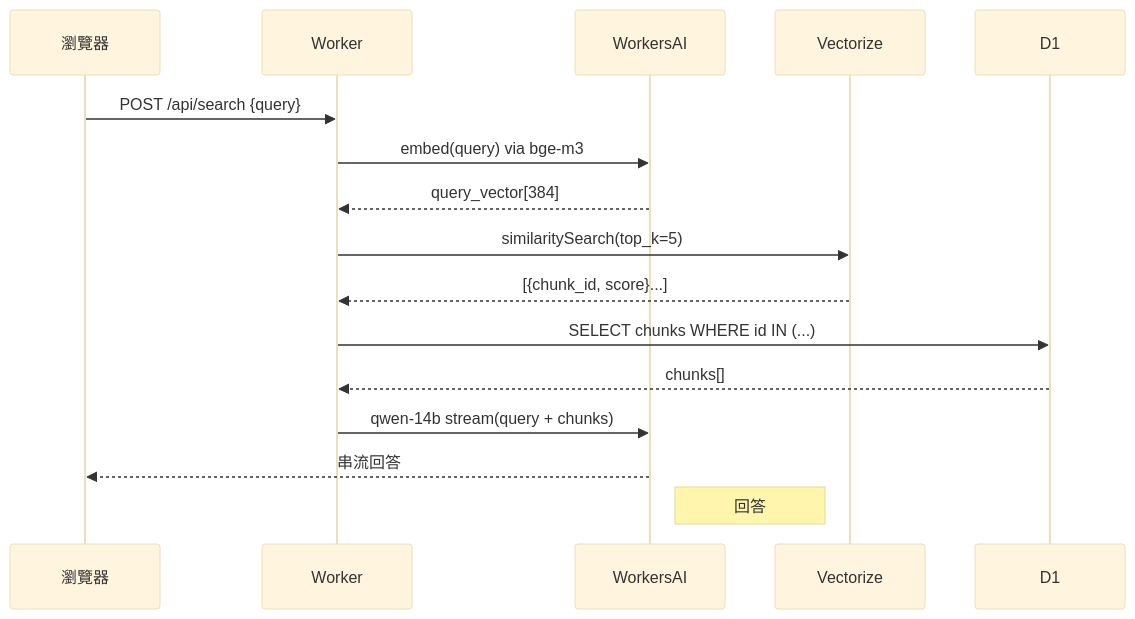
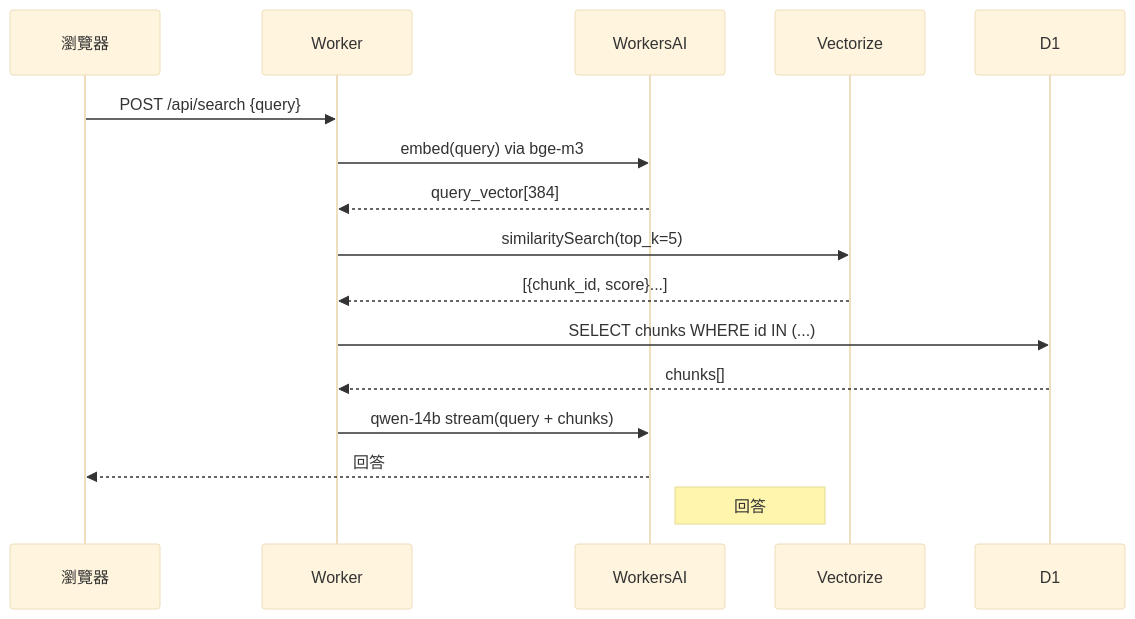
The second of 2 diagrams in src/content/posts/tech/_2026-04-20-this-blog-tooling.md (a920604a/engineernews), drawn with Mermaid (base theme) before and after one commit. The commit also changed 8 other files, not shown here.

Commit message:
fix: auto-fix mermaid syntax errors in posts

````diff
--- a/src/content/posts/tech/_2026-04-20-this-blog-tooling.md
+++ b/src/content/posts/tech/_2026-04-20-this-blog-tooling.md
@@ -135,18 +135,18 @@
 ```mermaid
 sequenceDiagram
   participant 瀏覽器
   participant Worker
   participant WorkersAI
   participant Vectorize
   participant D1
   瀏覽器->>Worker: POST /api/search {query}
   Worker->>WorkersAI: embed(query) via bge-m3
   WorkersAI-->>Worker: query_vector[384]
   Worker->>Vectorize: similaritySearch(top_k=5)
   Vectorize-->>Worker: [{chunk_id, score}...]
   Worker->>D1: SELECT chunks WHERE id IN (...)
   D1-->>Worker: chunks[]
   Worker->>WorkersAI: qwen-14b stream(query + chunks)
-  WorkersAI-->>瀏覽器: 串流回答
+  WorkersAI-->>瀏覽器: 回答
   note right of WorkersAI: 回答
 ```
````
